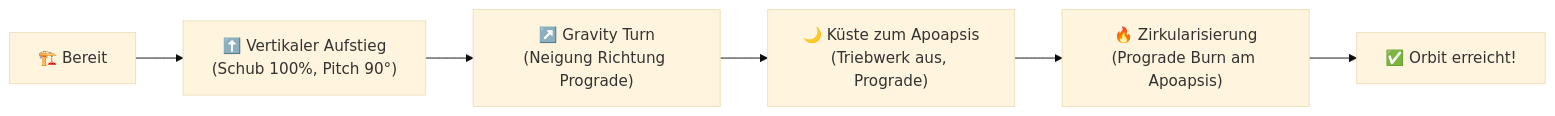
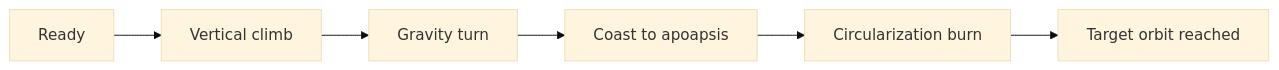
The diagram in README.md (steve-787/KITN), drawn with Mermaid (base theme) before and after one commit. The commit also changed other lines of this file and 91 other files, not shown here.

````diff
--- a/README.md
+++ b/README.md
@@ -241,8 +70,8 @@
 ```mermaid
 flowchart LR
-    A["🏗️ Bereit"] --> B["⬆️ Vertikaler Aufstieg<br/>(Schub 100%, Pitch 90°)"]
-    B --> C["↗️ Gravity Turn<br/>(Neigung Richtung Prograde)"]
-    C --> D["🌙 Küste zum Apoapsis<br/>(Triebwerk aus, Prograde)"]
-    D --> E["🔥 Zirkularisierung<br/>(Prograde Burn am Apoapsis)"]
-    E --> F["✅ Orbit erreicht!"]
+    A["Ready"] --> B["Vertical climb"]
+    B --> C["Gravity turn"]
+    C --> D["Coast to apoapsis"]
+    D --> E["Circularization burn"]
+    E --> F["Target orbit reached"]
 ```
````
